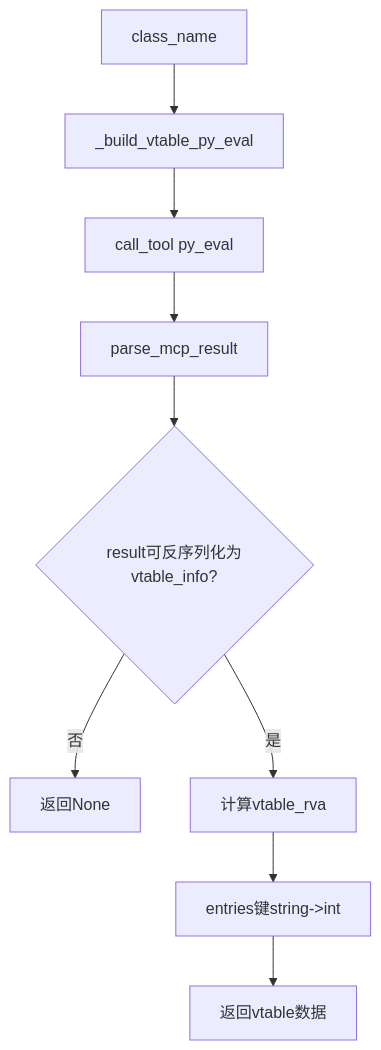
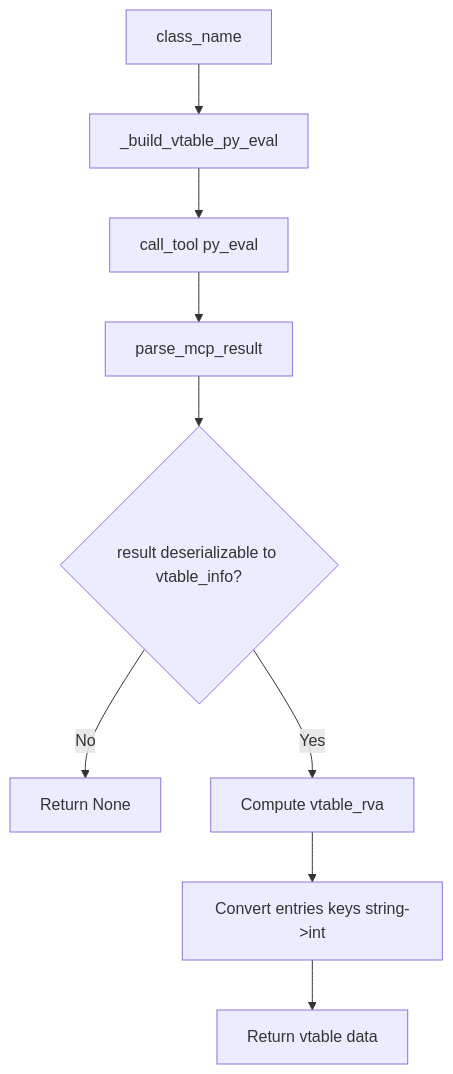
Before and after one commit to hzqst/CS2_VibeSignatures: the diagram in .serena/memories/preprocess_vtable_via_mcp.md, drawn with Mermaid. The commit also changed other lines of this file and 9 other files, not shown here.

````diff
--- a/.serena/memories/preprocess_vtable_via_mcp.md
+++ b/.serena/memories/preprocess_vtable_via_mcp.md
@@ -56,11 +56,11 @@
 ```mermaid
 flowchart TD
     A[class_name] --> B[_build_vtable_py_eval]
     B --> C[call_tool py_eval]
     C --> D[parse_mcp_result]
-    D --> E{result可反序列化为vtable_info?}
-    E -- 否 --> Z[返回None]
-    E -- 是 --> F[计算vtable_rva]
-    F --> G[entries键string->int]
-    G --> H[返回vtable数据]
+    D --> E{result deserializable to vtable_info?}
+    E -- No --> Z[Return None]
+    E -- Yes --> F[Compute vtable_rva]
+    F --> G[Convert entries keys string->int]
+    G --> H[Return vtable data]
 ```
````
